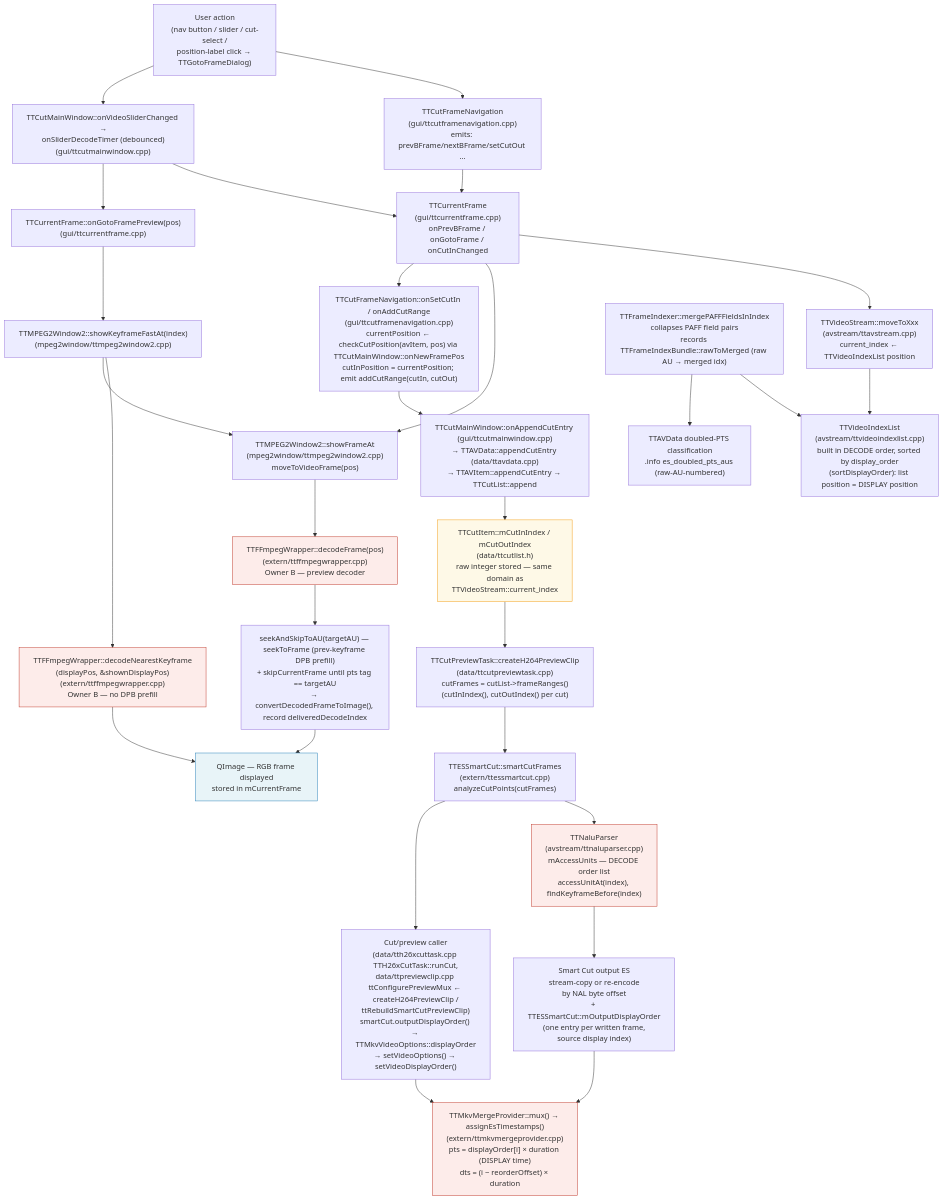
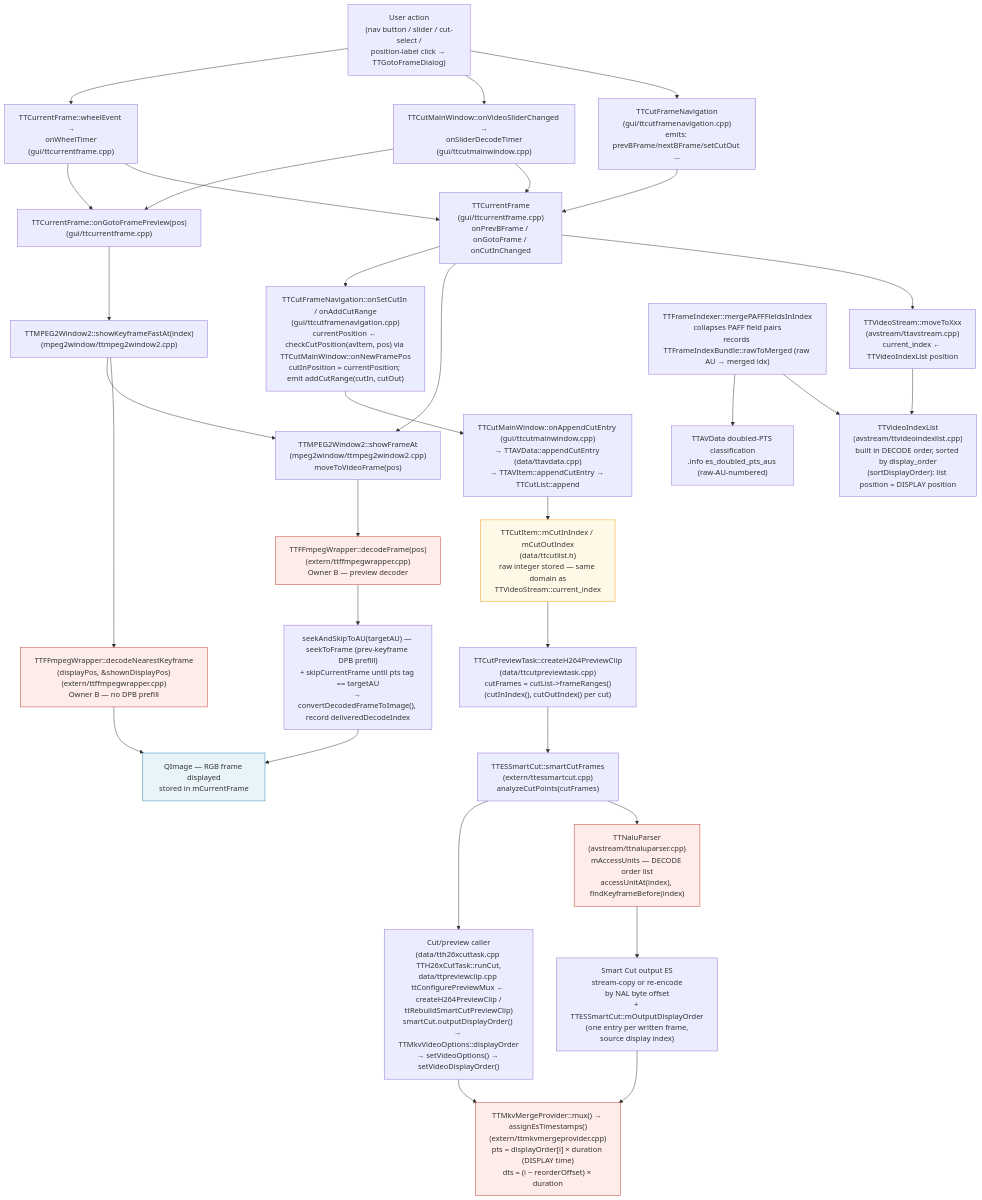
The diagram in docs/code-map/frame-order.md (MINIXJR/TTCut-ng), drawn with Mermaid before and after one commit. The commit also changed other lines of this file and 28 other files, not shown here.

````diff
--- a/docs/code-map/frame-order.md
+++ b/docs/code-map/frame-order.md
@@ -62,51 +62,55 @@
 ```mermaid
 flowchart TD
     A["User action<br/>(nav button / slider / cut-select /<br/>position-label click → TTGotoFrameDialog)"]
     B["TTCutFrameNavigation<br/>(gui/ttcutframenavigation.cpp)<br/>emits: prevBFrame/nextBFrame/setCutOut …"]
     C["TTCurrentFrame<br/>(gui/ttcurrentframe.cpp)<br/>onPrevBFrame / onGotoFrame / onCutInChanged"]
     D["TTVideoStream::moveToXxx<br/>(avstream/ttavstream.cpp)<br/>current_index ← TTVideoIndexList position"]
     E["TTVideoIndexList<br/>(avstream/ttvideoindexlist.cpp)<br/>built in DECODE order, sorted by display_order<br/>(sortDisplayOrder): list position = DISPLAY position"]
     F["TTMPEG2Window2::showFrameAt<br/>(mpeg2window/ttmpeg2window2.cpp)<br/>moveToVideoFrame(pos)"]
     G["TTFFmpegWrapper::decodeFrame(pos)<br/>(extern/ttffmpegwrapper.cpp)<br/>Owner B — preview decoder"]
     H["seekAndSkipToAU(targetAU) — seekToFrame (prev-keyframe DPB prefill)<br/>+ skipCurrentFrame until pts tag == targetAU<br/>→ convertDecodedFrameToImage(), record deliveredDecodeIndex"]
     I["QImage — RGB frame displayed<br/>stored in mCurrentFrame"]
-    SL["TTCutMainWindow::onVideoSliderChanged →<br/>onSliderDecodeTimer (debounced)<br/>(gui/ttcutmainwindow.cpp)"]
+    SL["TTCutMainWindow::onVideoSliderChanged →<br/>onSliderDecodeTimer<br/>(gui/ttcutmainwindow.cpp)"]
+    WH["TTCurrentFrame::wheelEvent →<br/>onWheelTimer<br/>(gui/ttcurrentframe.cpp)"]
     GP["TTCurrentFrame::onGotoFramePreview(pos)<br/>(gui/ttcurrentframe.cpp)"]
     KF["TTMPEG2Window2::showKeyframeFastAt(index)<br/>(mpeg2window/ttmpeg2window2.cpp)"]
     NK["TTFFmpegWrapper::decodeNearestKeyframe<br/>(displayPos, &amp;shownDisplayPos)<br/>(extern/ttffmpegwrapper.cpp)<br/>Owner B — no DPB prefill"]
     J["TTCutFrameNavigation::onSetCutIn / onAddCutRange<br/>(gui/ttcutframenavigation.cpp)<br/>currentPosition ← checkCutPosition(avItem, pos) via TTCutMainWindow::onNewFramePos<br/>cutInPosition = currentPosition; emit addCutRange(cutIn, cutOut)"]
     K["TTCutMainWindow::onAppendCutEntry (gui/ttcutmainwindow.cpp)<br/>→ TTAVData::appendCutEntry (data/ttavdata.cpp)<br/>→ TTAVItem::appendCutEntry → TTCutList::append"]
     L["TTCutItem::mCutInIndex / mCutOutIndex<br/>(data/ttcutlist.h)<br/>raw integer stored — same domain as<br/>TTVideoStream::current_index"]
     M["TTCutPreviewTask::createH264PreviewClip<br/>(data/ttcutpreviewtask.cpp)<br/>cutFrames = cutList-&gt;frameRanges()<br/>(cutInIndex(), cutOutIndex() per cut)"]
     N["TTESSmartCut::smartCutFrames<br/>(extern/ttessmartcut.cpp)<br/>analyzeCutPoints(cutFrames)"]
     O["TTNaluParser<br/>(avstream/ttnaluparser.cpp)<br/>mAccessUnits — DECODE order list<br/>accessUnitAt(index), findKeyframeBefore(index)"]
     P["Smart Cut output ES<br/>stream-copy or re-encode<br/>by NAL byte offset<br/>+ TTESSmartCut::mOutputDisplayOrder<br/>(one entry per written frame,<br/>source display index)"]
     Q["Cut/preview caller<br/>(data/tth26xcuttask.cpp TTH26xCutTask::runCut,<br/>data/ttpreviewclip.cpp ttConfigurePreviewMux ← createH264PreviewClip /<br/>ttRebuildSmartCutPreviewClip)<br/>smartCut.outputDisplayOrder() → TTMkvVideoOptions::displayOrder<br/>→ setVideoOptions() → setVideoDisplayOrder()"]
     R["TTMkvMergeProvider::mux() → assignEsTimestamps()<br/>(extern/ttmkvmergeprovider.cpp)<br/>pts = displayOrder[i] × duration (DISPLAY time)<br/>dts = (i − reorderOffset) × duration"]
 
     MRG["TTFrameIndexer::mergePAFFFieldsInIndex<br/>collapses PAFF field pairs<br/>records TTFrameIndexBundle::rawToMerged (raw AU → merged idx)"]
     DPC["TTAVData doubled-PTS classification<br/>.info es_doubled_pts_aus (raw-AU-numbered)"]
 
     A --> B --> C
     C --> D --> E
     MRG --> E
     MRG --> DPC
     C --> F
     F --> G --> H --> I
     C --> J --> K --> L
     L --> M --> N --> O --> P
     N --> Q --> R
     P --> R
     A --> SL
     SL --> C
     SL --> GP --> KF
+    A --> WH
+    WH --> C
+    WH --> GP
     KF --> NK --> I
     KF --> F
 
     style I fill:#e8f4f8,stroke:#2980b9
     style L fill:#fef9e7,stroke:#f39c12
     style G fill:#fdecea,stroke:#c0392b
     style O fill:#fdecea,stroke:#c0392b
     style R fill:#fdecea,stroke:#c0392b
     style NK fill:#fdecea,stroke:#c0392b
 ```
````
